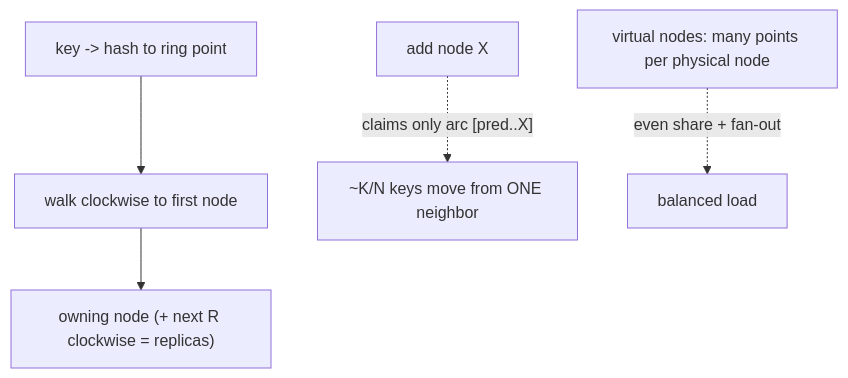
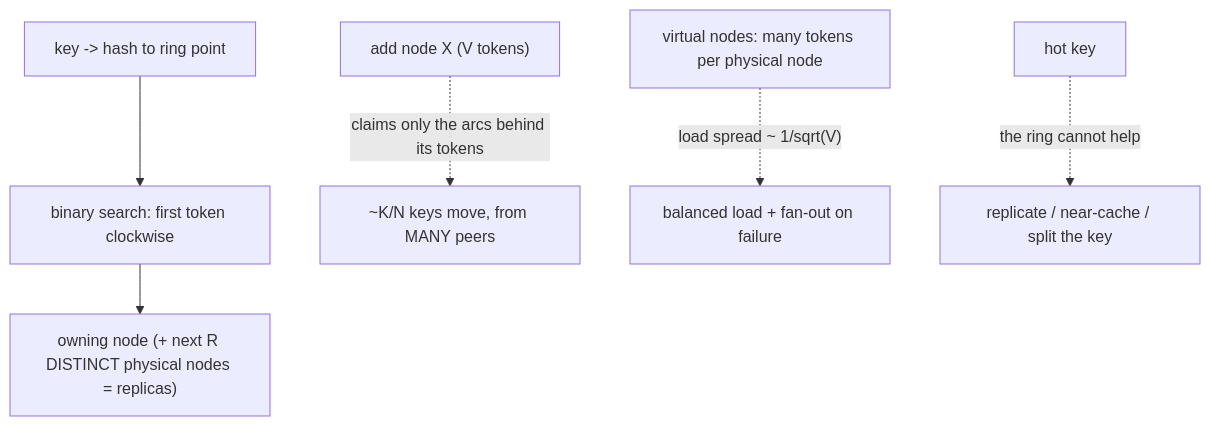
One commit to Sundeepg98/deepdive-rehearsal changed the diagram in src/topics-md/consistent-hashing.md. Above: the diagram before and after it, drawn with Mermaid. The commit also changed other lines of this file and 41 other files, not shown here.

````diff
--- a/src/topics-md/consistent-hashing.md
+++ b/src/topics-md/consistent-hashing.md
@@ -261,7 +581,8 @@
 ```mermaid
 flowchart TD
-  K["key -> hash to ring point"] --> CW["walk clockwise to first node"]
-  CW --> N["owning node (+ next R clockwise = replicas)"]
-  ADD["add node X"] -.->|"claims only arc [pred..X]"| SEG["~K/N keys move from ONE neighbor"]
-  VN["virtual nodes: many points per physical node"] -.->|"even share + fan-out"| BAL["balanced load"]
+  K["key -> hash to ring point"] --> CW["binary search: first token clockwise"]
+  CW --> N["owning node (+ next R DISTINCT physical nodes = replicas)"]
+  ADD["add node X (V tokens)"] -.->|"claims only the arcs behind its tokens"| SEG["~K/N keys move, from MANY peers"]
+  VN["virtual nodes: many tokens per physical node"] -.->|"load spread ~ 1/sqrt(V)"| BAL["balanced load + fan-out on failure"]
+  HOT["hot key"] -.->|"the ring cannot help"| FIX["replicate / near-cache / split the key"]
 ```
````
